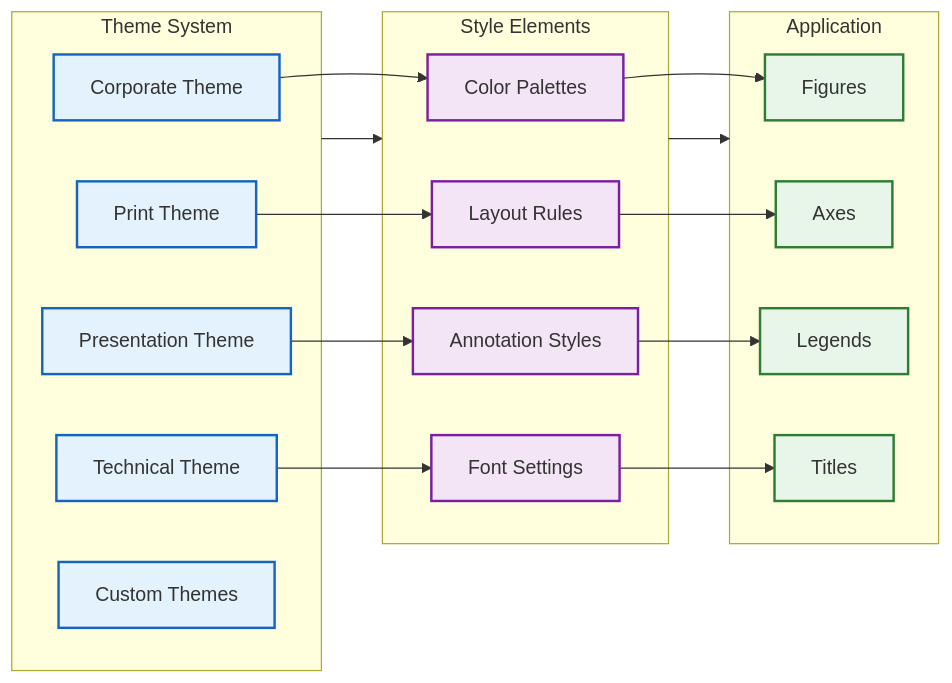
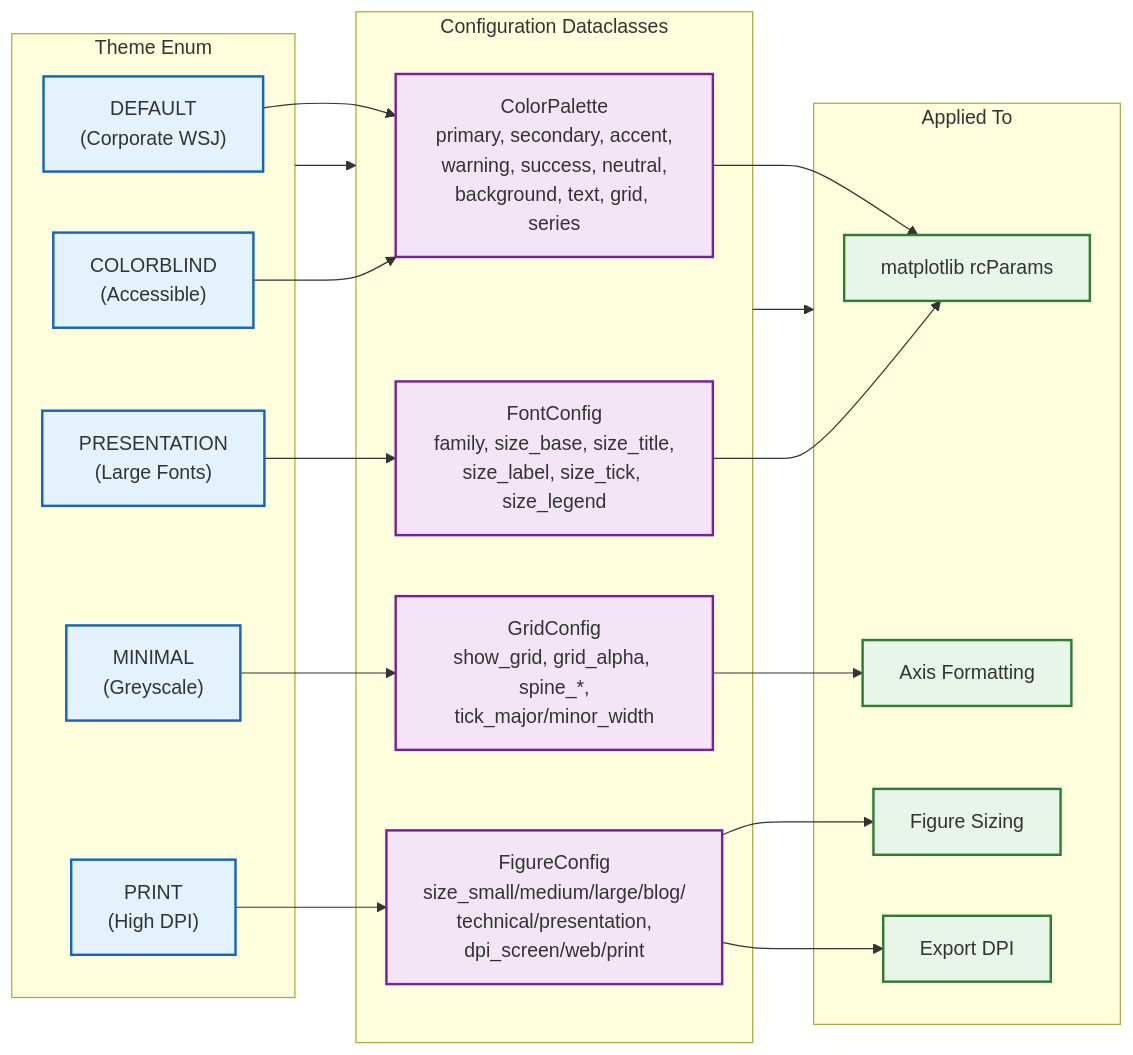
One commit to AlexFiliakov/Ergodic-Insurance-Limits changed the fourth of 4 diagrams in ergodic_insurance/docs/architecture/visualization_architecture.md. Above: the diagram before and after it, drawn with Mermaid. The commit also changed other lines of this file and 14 other files, not shown here.

First line of the commit message:
docs: Update and expand Mermaid architecture diagrams (#185) (#341)

````diff
--- a/ergodic_insurance/docs/architecture/visualization_architecture.md
+++ b/ergodic_insurance/docs/architecture/visualization_architecture.md
@@ -260,49 +460,51 @@
 ```{mermaid}
 graph LR
     %% Theme Components
-    subgraph Themes["Theme System"]
-        CORP["Corporate Theme"]
-        TECH["Technical Theme"]
-        PRINT["Print Theme"]
-        PRES["Presentation Theme"]
-        CUSTOM["Custom Themes"]
+    subgraph Themes["Theme Enum"]
+        DEFAULT["DEFAULT<br/>(Corporate WSJ)"]
+        COLORBLIND["COLORBLIND<br/>(Accessible)"]
+        PRES["PRESENTATION<br/>(Large Fonts)"]
+        MINIMAL["MINIMAL<br/>(Greyscale)"]
+        PRINT["PRINT<br/>(High DPI)"]
     end
 
-    %% Style Elements
-    subgraph Elements["Style Elements"]
-        COLORS["Color Palettes"]
-        FONTS["Font Settings"]
-        LAYOUT["Layout Rules"]
-        ANNOT["Annotation Styles"]
+    %% Configuration Dataclasses
+    subgraph Config["Configuration Dataclasses"]
+        COLORS["ColorPalette<br/>primary, secondary, accent,<br/>warning, success, neutral,<br/>background, text, grid, series"]
+        FONTS["FontConfig<br/>family, size_base, size_title,<br/>size_label, size_tick, size_legend"]
+        FIGCFG["FigureConfig<br/>size_small/medium/large/blog/<br/>technical/presentation,<br/>dpi_screen/web/print"]
+        GRIDCFG["GridConfig<br/>show_grid, grid_alpha, spine_*,<br/>tick_major/minor_width"]
     end
 
     %% Application
-    subgraph Application["Application"]
-        FIGS["Figures"]
-        AXES["Axes"]
-        LEGENDS["Legends"]
-        TITLES["Titles"]
+    subgraph Application["Applied To"]
+        RCPARAMS["matplotlib rcParams"]
+        FIGURES["Figure Sizing"]
+        AXES["Axis Formatting"]
+        EXPORTS["Export DPI"]
     end
 
-    Themes --> Elements
-    Elements --> Application
+    Themes --> Config
+    Config --> Application
 
-    CORP --> COLORS
-    TECH --> FONTS
-    PRINT --> LAYOUT
-    PRES --> ANNOT
+    DEFAULT --> COLORS
+    COLORBLIND --> COLORS
+    PRES --> FONTS
+    MINIMAL --> GRIDCFG
+    PRINT --> FIGCFG
 
-    COLORS --> FIGS
-    FONTS --> TITLES
-    LAYOUT --> AXES
-    ANNOT --> LEGENDS
+    COLORS --> RCPARAMS
+    FONTS --> RCPARAMS
+    GRIDCFG --> AXES
+    FIGCFG --> FIGURES
+    FIGCFG --> EXPORTS
 
     %% Styling
     classDef theme fill:#e3f2fd,stroke:#1565c0,stroke-width:2px
-    classDef element fill:#f3e5f5,stroke:#7b1fa2,stroke-width:2px
+    classDef config fill:#f3e5f5,stroke:#7b1fa2,stroke-width:2px
     classDef apply fill:#e8f5e9,stroke:#2e7d32,stroke-width:2px
 
-    class CORP,TECH,PRINT,PRES,CUSTOM theme
-    class COLORS,FONTS,LAYOUT,ANNOT element
-    class FIGS,AXES,LEGENDS,TITLES apply
+    class DEFAULT,COLORBLIND,PRES,MINIMAL,PRINT theme
+    class COLORS,FONTS,FIGCFG,GRIDCFG config
+    class RCPARAMS,FIGURES,AXES,EXPORTS apply
 ```
````
